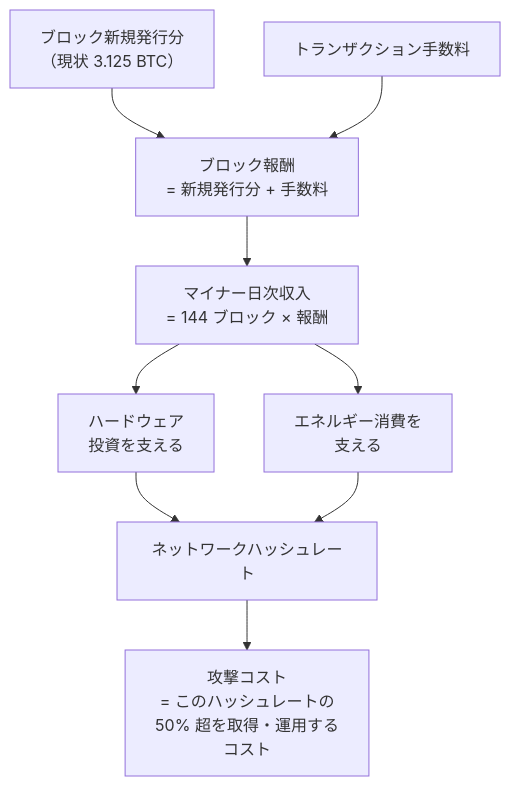
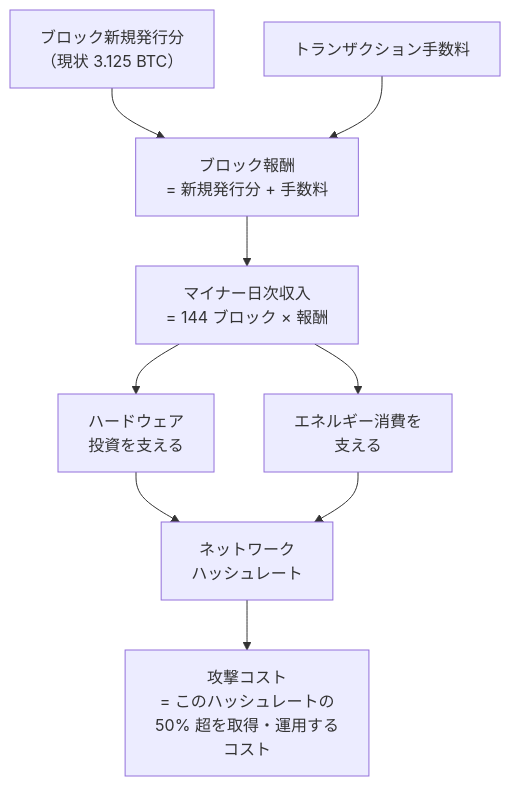
One commit to cypher256/BitcoinArchive changed the seventh of 8 diagrams in src/data/translations/ja/design/2009-01-03-bitcoin-security-model.md. Above: the diagram before and after it, drawn with Mermaid. The commit also changed other lines of this file and 11 other files, not shown here.

First line of the commit message:
JA Mermaid labels: wrap long CJK labels (mermaid-ja-wrap, 12 design docs)

````diff
--- a/src/data/translations/ja/design/2009-01-03-bitcoin-security-model.md
+++ b/src/data/translations/ja/design/2009-01-03-bitcoin-security-model.md
@@ -290,11 +290,11 @@
 ```mermaid
 flowchart TD
-    SUBSIDY["ブロック新規発行分\n（現状 3.125 BTC）"] --> REWARD["ブロック報酬\n= 新規発行分 + 手数料"]
+    SUBSIDY["ブロック新規発行分<br/>（現状 3.125 BTC）"] --> REWARD["ブロック報酬\n= 新規発行分 + 手数料"]
     FEES["トランザクション手数料"] --> REWARD
     REWARD --> REVENUE["マイナー日次収入\n= 144 ブロック × 報酬"]
-    REVENUE --> HARDWARE["ハードウェア\n投資を支える"]
-    REVENUE --> ENERGY["エネルギー消費を\n支える"]
-    HARDWARE --> HASHRATE["ネットワークハッシュレート"]
+    REVENUE --> HARDWARE["ハードウェア<br/>投資を支える"]
+    REVENUE --> ENERGY["エネルギー消費を<br/>支える"]
+    HARDWARE --> HASHRATE["ネットワーク<br/>ハッシュレート"]
     ENERGY --> HASHRATE
-    HASHRATE --> COST["攻撃コスト\n= このハッシュレートの\n50% 超を取得・運用する\nコスト"]
+    HASHRATE --> COST["攻撃コスト<br/>= このハッシュレートの<br/>50% 超を取得・運用する<br/>コスト"]
 ```
````
